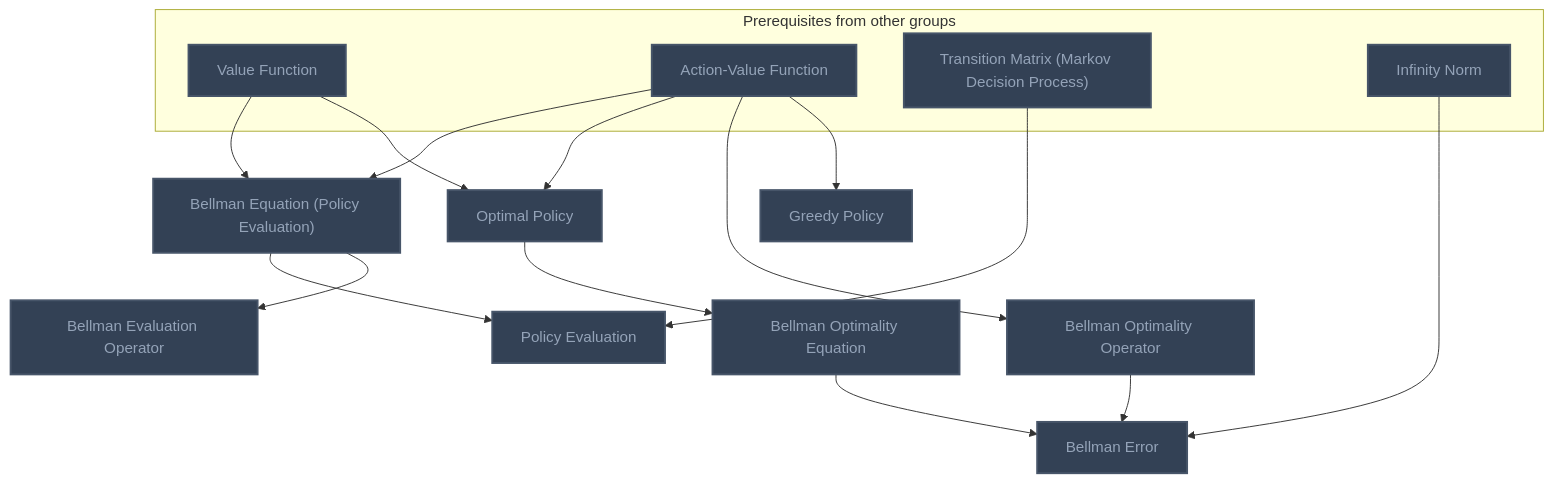
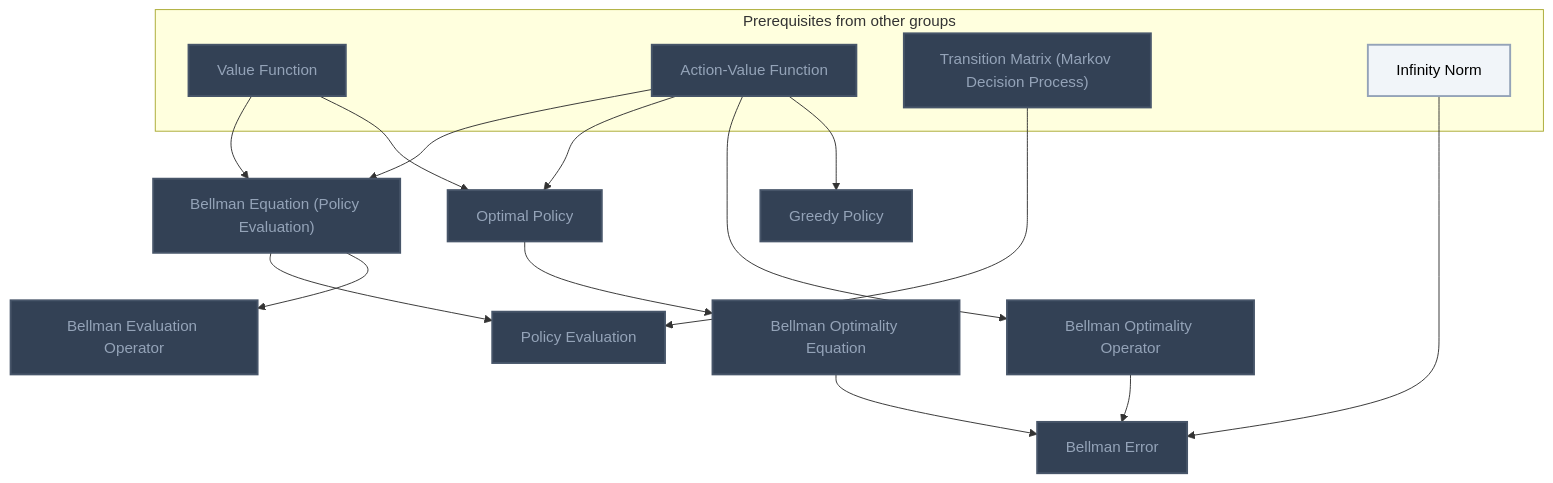
Before and after one commit to MRauf1/My-Notes: the third of 11 diagrams in Gamification/Skill Trees/Reinforcement Learning.md, drawn with Mermaid. The commit also changed other lines of this file and 57 other files, not shown here.

````diff
--- a/Gamification/Skill Trees/Reinforcement Learning.md
+++ b/Gamification/Skill Trees/Reinforcement Learning.md
@@ -102,41 +102,42 @@
 ```mermaid
 flowchart TD
     classDef planned fill:#1E293B,stroke:#64748B,stroke-width:2px,stroke-dasharray:5 5,color:#94A3B8;
     classDef locked fill:#334155,stroke:#475569,stroke-width:2px,color:#94A3B8;
     classDef L0 fill:#F1F5F9,stroke:#94A3B8,stroke-width:2px,color:#000000;
     classDef L1 fill:#22C55E,stroke:#15803D,stroke-width:2px,color:#000000;
     classDef L2 fill:#3B82F6,stroke:#1D4ED8,stroke-width:3px,color:#FFFFFF;
     classDef L3 fill:#A855F7,stroke:#6B21A8,stroke-width:3px,color:#FFFFFF,font-weight:bold;
     classDef L4 fill:#F97316,stroke:#C2410C,stroke-width:4px,color:#000000,font-weight:bold;
     classDef L5 fill:#FFD700,stroke:#FF8C00,stroke-width:5px,color:#000000,font-weight:bold;
     classDef rusty stroke:#8B4513,stroke-width:4px,stroke-dasharray:3 3;
     subgraph sg_prereqs["Prerequisites from other groups"]
         n_value_function["Value Function"]
         n_action_value_function["Action-Value Function"]
         n_transition_matrix_markov_decision_process["Transition Matrix (Markov Decision Process)"]
         n_infinity_norm["Infinity Norm"]
     end
     n_bellman_equation_policy_evaluation["Bellman Equation (Policy Evaluation)"]
     n_policy_evaluation["Policy Evaluation"]
     n_optimal_policy["Optimal Policy"]
     n_bellman_optimality_equation["Bellman Optimality Equation"]
     n_bellman_optimality_operator["Bellman Optimality Operator"]
     n_bellman_error["Bellman Error"]
     n_greedy_policy["Greedy Policy"]
     n_bellman_evaluation_operator["Bellman Evaluation Operator"]
     n_value_function --> n_bellman_equation_policy_evaluation
     n_action_value_function --> n_bellman_equation_policy_evaluation
     n_bellman_equation_policy_evaluation --> n_policy_evaluation
     n_transition_matrix_markov_decision_process --> n_policy_evaluation
     n_value_function --> n_optimal_policy
     n_action_value_function --> n_optimal_policy
     n_optimal_policy --> n_bellman_optimality_equation
     n_action_value_function --> n_bellman_optimality_operator
     n_bellman_optimality_equation --> n_bellman_error
     n_bellman_optimality_operator --> n_bellman_error
     n_infinity_norm --> n_bellman_error
     n_action_value_function --> n_greedy_policy
     n_bellman_equation_policy_evaluation --> n_bellman_evaluation_operator
-    class n_value_function,n_action_value_function,n_transition_matrix_markov_decision_process,n_infinity_norm,n_bellman_equation_policy_evaluation,n_policy_evaluation,n_optimal_policy,n_bellman_optimality_equation,n_bellman_optimality_operator,n_bellman_error,n_greedy_policy,n_bellman_evaluation_operator locked;
+    class n_value_function,n_action_value_function,n_transition_matrix_markov_decision_process,n_bellman_equation_policy_evaluation,n_policy_evaluation,n_optimal_policy,n_bellman_optimality_equation,n_bellman_optimality_operator,n_bellman_error,n_greedy_policy,n_bellman_evaluation_operator locked;
+    class n_infinity_norm L0;
     class n_value_function,n_action_value_function,n_transition_matrix_markov_decision_process,n_infinity_norm,n_bellman_equation_policy_evaluation,n_policy_evaluation,n_optimal_policy,n_bellman_optimality_equation,n_bellman_optimality_operator,n_bellman_error,n_greedy_policy,n_bellman_evaluation_operator internal-link;
 ```
````
